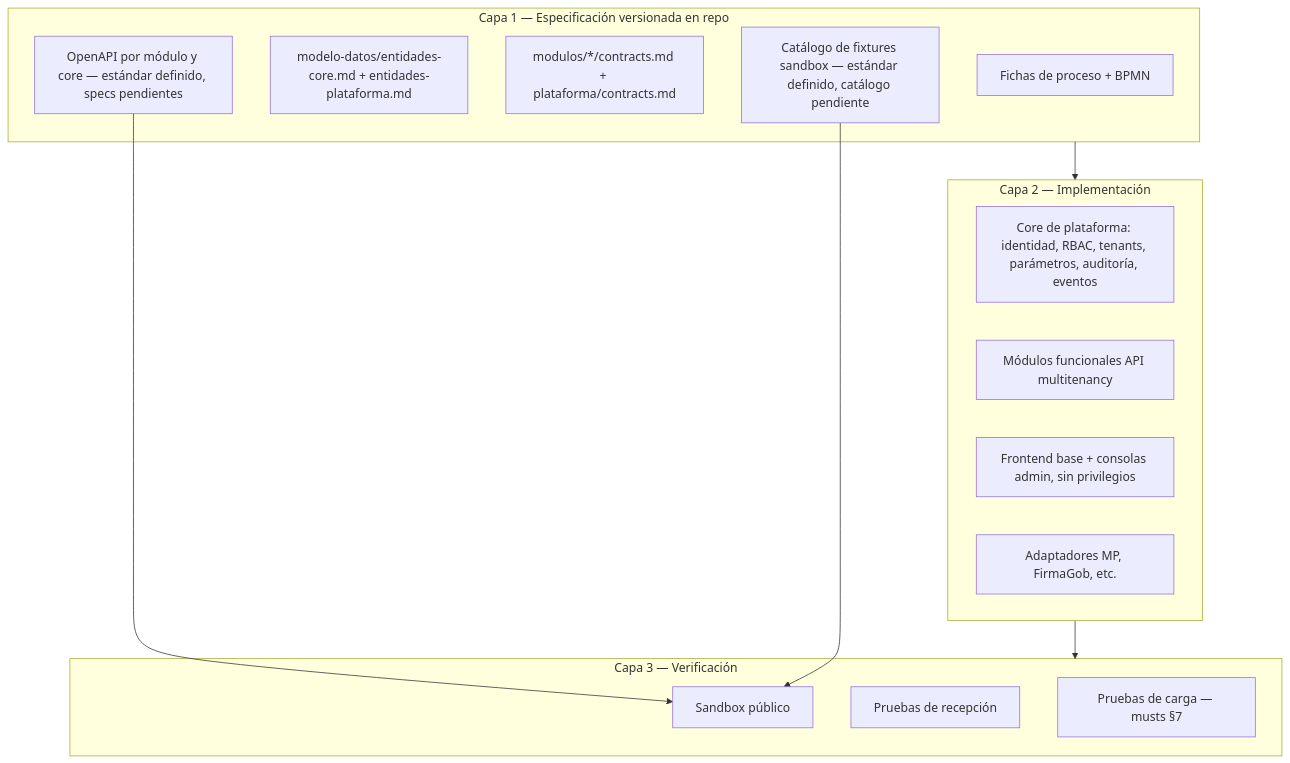
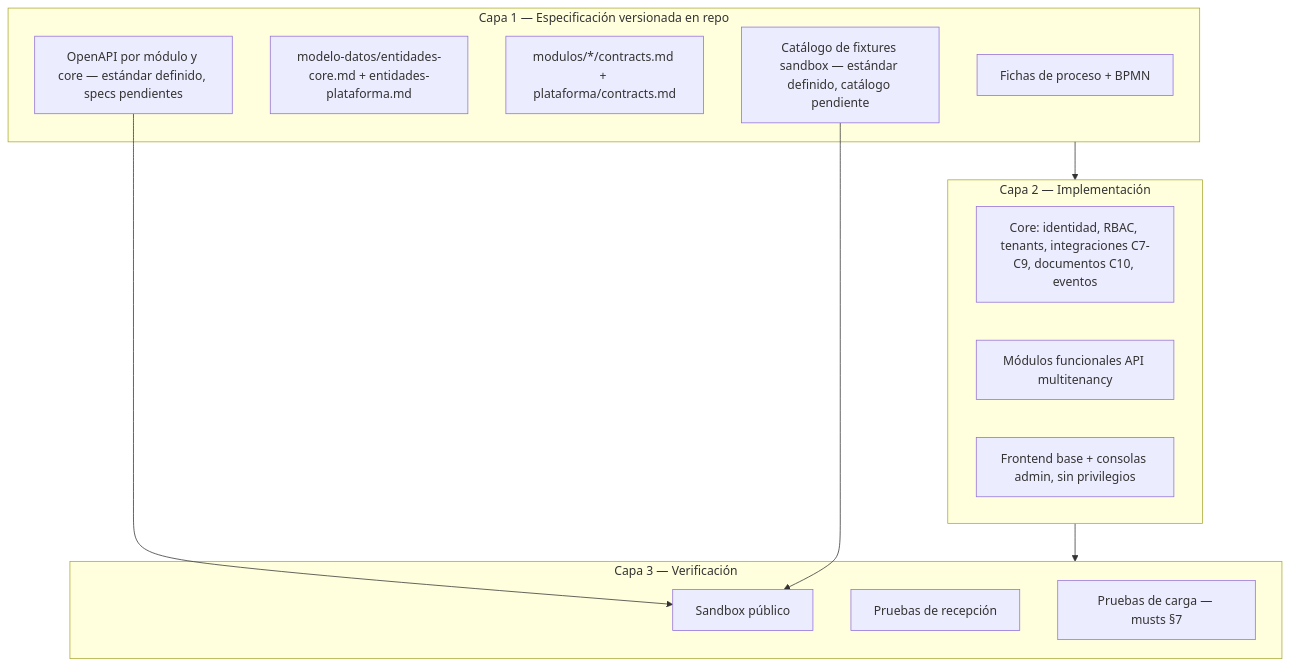
One commit to JaimeHernandezE/sgm-nueva-arquitectura changed the first of 2 diagrams in sgm-docs/arquitectura/entregable-licitacion.md. Above: the diagram before and after it, drawn with Mermaid. The commit also changed other lines of this file and 33 other files, not shown here.

````diff
--- a/sgm-docs/arquitectura/entregable-licitacion.md
+++ b/sgm-docs/arquitectura/entregable-licitacion.md
@@ -76,25 +76,24 @@
 ```mermaid
 flowchart TB
   subgraph capa1 [Capa 1 — Especificación versionada en repo]
     Fichas[Fichas de proceso + BPMN]
     Modelo[modelo-datos/entidades-core.md + entidades-plataforma.md]
     Contracts[modulos/*/contracts.md + plataforma/contracts.md]
     OpenAPI[OpenAPI por módulo y core — estándar definido, specs pendientes]
     Fixtures[Catálogo de fixtures sandbox — estándar definido, catálogo pendiente]
   end
   subgraph capa2 [Capa 2 — Implementación]
-    Core[Core de plataforma: identidad, RBAC, tenants, parámetros, auditoría, eventos]
+    Core[Core: identidad, RBAC, tenants, integraciones C7-C9, documentos C10, eventos]
     Motor[Módulos funcionales API multitenancy]
     Front[Frontend base + consolas admin, sin privilegios]
-    Integraciones[Adaptadores MP, FirmaGob, etc.]
   end
   subgraph capa3 [Capa 3 — Verificación]
     Sandbox[Sandbox público]
     Recepcion[Pruebas de recepción]
     Carga[Pruebas de carga — musts §7]
   end
   capa1 --> capa2
   capa2 --> capa3
   OpenAPI --> Sandbox
   Fixtures --> Sandbox
 ```
````
